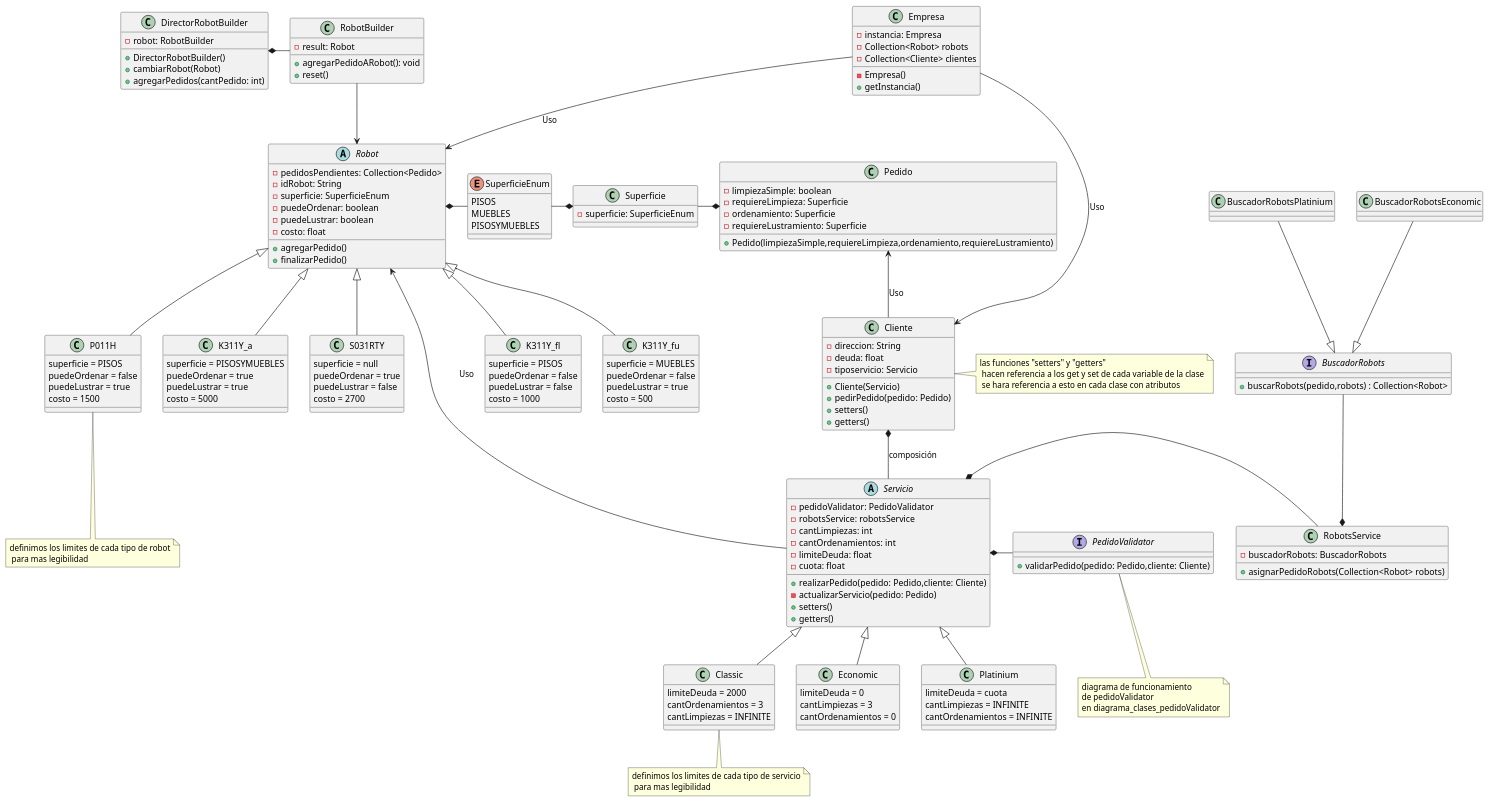
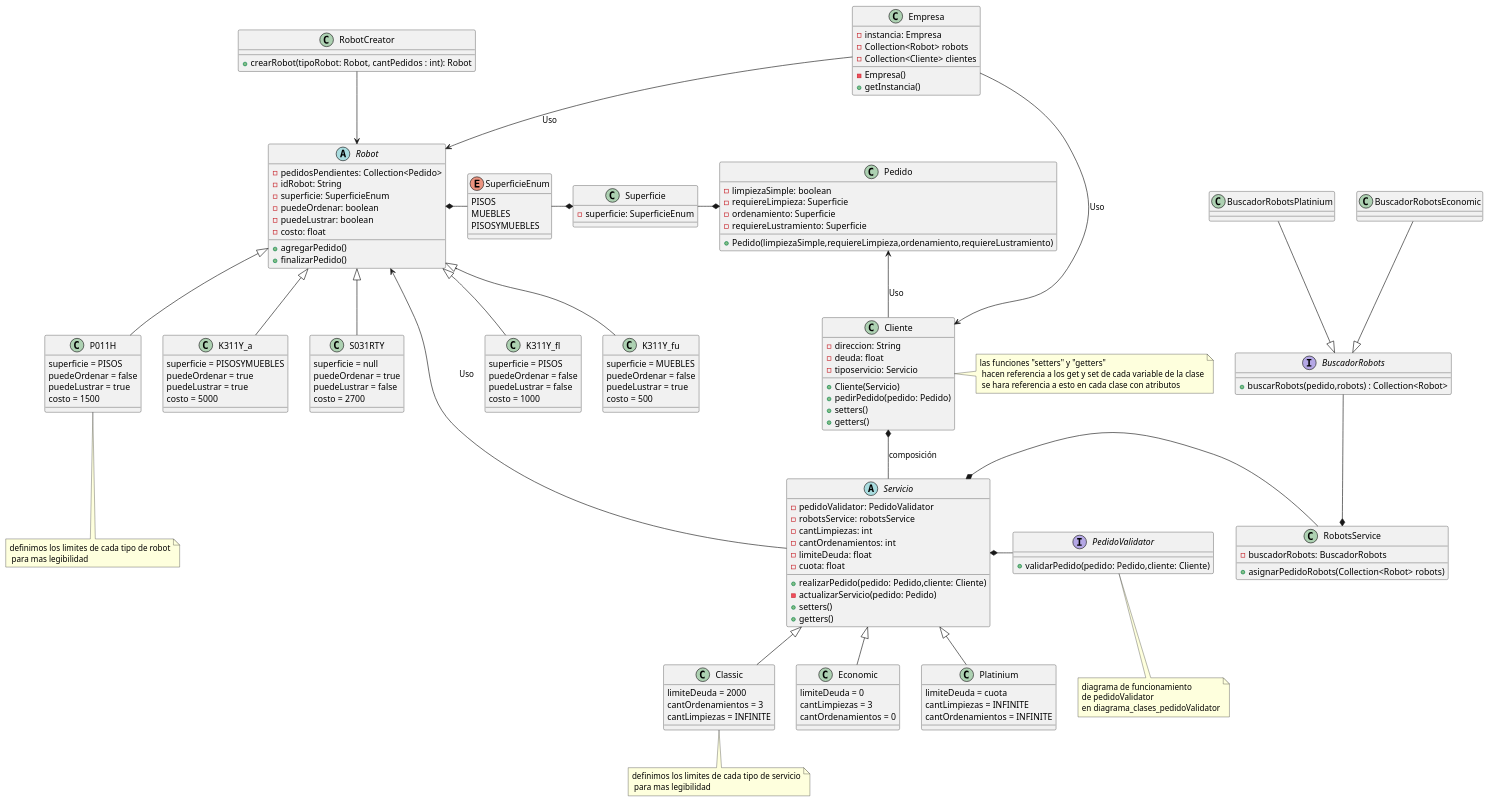
The diagram in src/main/java/com/grupo4/trabajo/Diagramas/diagrama_clases.puml (bacarvalho/TrabajoPractico), drawn with PlantUML before and after one commit. The commit also changed 2 other files, not shown here.

Commit message:
implementacion de RobotCreator

```diff
--- a/src/main/java/com/grupo4/trabajo/Diagramas/diagrama_clases.puml
+++ b/src/main/java/com/grupo4/trabajo/Diagramas/diagrama_clases.puml
@@ -1,192 +1,182 @@
 @startuml
 'https://plantuml.com/class-diagram
 
 
 class Cliente{
 -direccion: String
 -deuda: float
 -tiposervicio: Servicio
 
 +Cliente(Servicio)
 +pedirPedido(pedido: Pedido)
 +setters()
 +getters()
 }
 
 class Empresa{
 -instancia: Empresa
 -Collection<Robot> robots
 -Collection<Cliente> clientes
 
 -Empresa()
 +getInstancia()
 }
 
 
 abstract class Servicio{
 - pedidoValidator: PedidoValidator
 - robotsService: robotsService
 - cantLimpiezas: int
 - cantOrdenamientos: int
 - limiteDeuda: float
 -cuota: float
 
 +realizarPedido(pedido: Pedido,cliente: Cliente)
 -actualizarServicio(pedido: Pedido)
 +setters()
 +getters()
 }
 
 abstract class Robot{
 - pedidosPendientes: Collection<Pedido>
 - idRobot: String
 - superficie: SuperficieEnum
 - puedeOrdenar: boolean
 - puedeLustrar: boolean
 - costo: float
 
 +agregarPedido()
 +finalizarPedido()
 }
 
 class K311Y_fl{
  superficie = PISOS
  puedeOrdenar = false
  puedeLustrar = false
  costo = 1000
 }
 class K311Y_fu{
 superficie = MUEBLES
  puedeOrdenar = false
  puedeLustrar = true
  costo = 500
 }
 class P011H{
 superficie = PISOS
  puedeOrdenar = false
  puedeLustrar = true
  costo = 1500
 }
 class K311Y_a{
  superficie = PISOSYMUEBLES
  puedeOrdenar = true
  puedeLustrar = true
  costo = 5000
 }
 class S031RTY{
 superficie = null
  puedeOrdenar = true
  puedeLustrar = false
  costo = 2700
 }
 
 class Platinium{
 limiteDeuda = cuota
 cantLimpiezas = INFINITE
 cantOrdenamientos = INFINITE
 }
 class Classic{
 limiteDeuda = 2000
 cantOrdenamientos = 3
 cantLimpiezas = INFINITE
 }
 
 class Economic{
 limiteDeuda = 0
 cantLimpiezas = 3
 cantOrdenamientos = 0
 }
 
-class RobotBuilder{
-    -result: Robot
-
-    +agregarPedidoARobot(): void
-    +reset()
+class RobotCreator{
+    +crearRobot(tipoRobot: Robot, cantPedidos : int): Robot
 }
 
-class DirectorRobotBuilder{
-    -robot: RobotBuilder
-    +DirectorRobotBuilder()
-    +cambiarRobot(Robot)
-    +agregarPedidos(cantPedido: int)
-}
 
 class RobotsService{
     -buscadorRobots: BuscadorRobots
     +asignarPedidoRobots(Collection<Robot> robots)
 }
 
 interface BuscadorRobots{
 +buscarRobots(pedido,robots) : Collection<Robot>
 }
 
 class BuscadorRobotsEconomic{
 
 }
 
 class BuscadorRobotsPlatinium{
 }
 
 class Pedido{
 - limpiezaSimple: boolean
 - requiereLimpieza: Superficie
 - ordenamiento: Superficie
 - requiereLustramiento: Superficie
 
 +Pedido(limpiezaSimple,requiereLimpieza,ordenamiento,requiereLustramiento)
 }
 
 enum SuperficieEnum{
 PISOS
 MUEBLES
 PISOSYMUEBLES
 }
 
 class Superficie{
 - superficie: SuperficieEnum
 }
 
 Robot <|-- K311Y_fl
 Robot <|-- K311Y_fu
 Robot <|-- P011H
 Robot <|-- K311Y_a
 Robot <|-- S031RTY
 
 Servicio <|-- Platinium
 Servicio <|-- Classic
 Servicio <|-- Economic
 
 interface PedidoValidator{
 +validarPedido(pedido: Pedido,cliente: Cliente)
 }
 
 Robot <-- Servicio : Uso
 PedidoValidator -left-* Servicio
 RobotsService -left-* Servicio
 Pedido <--  Cliente : Uso
 
-DirectorRobotBuilder *-right- RobotBuilder
-RobotBuilder --> Robot
+RobotCreator --> Robot
 RobotsService *-up- BuscadorRobots
 BuscadorRobots <|-up- BuscadorRobotsEconomic
 BuscadorRobots <|-up- BuscadorRobotsPlatinium
 
 Cliente <-up- Empresa  : Uso
 
 Robot <-up-  Empresa : Uso
 
 Cliente *--  Servicio : composición
 
 Superficie *-left- SuperficieEnum
 Robot *-right- SuperficieEnum
 Pedido *-left- Superficie
 
 note bottom of Classic : definimos los limites de cada tipo de servicio\n para mas legibilidad
 note bottom of P011H : definimos los limites de cada tipo de robot\n para mas legibilidad
 note right of Cliente : las funciones "setters" y "getters" \n hacen referencia a los get y set de cada variable de la clase\n se hara referencia a esto en cada clase con atributos
 note bottom of PedidoValidator
 diagrama de funcionamiento
 de pedidoValidator
 en diagrama_clases_pedidoValidator
 end note
 @enduml
```
